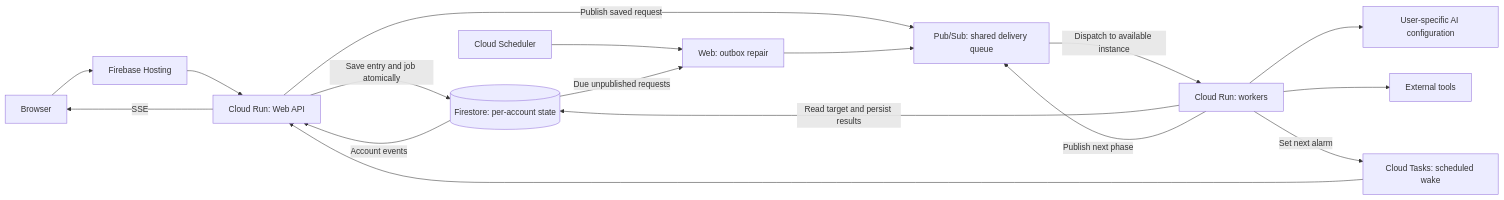
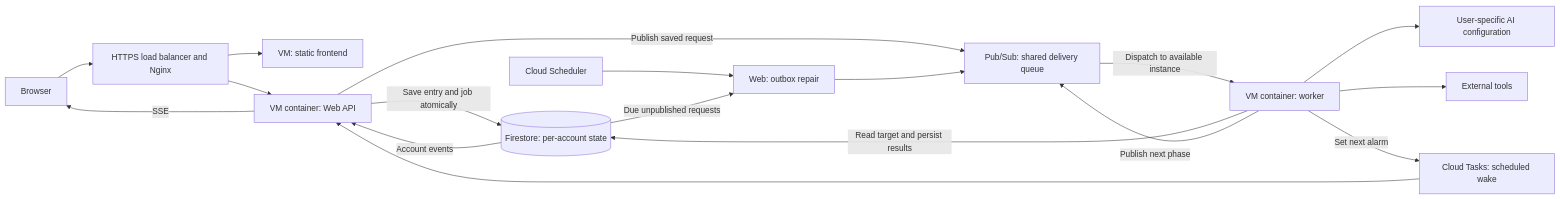
Before and after one commit to takeshy/kakeratta: the diagram in docs/system/architecture.md, drawn with Mermaid. The commit also changed other lines of this file and 18 other files, not shown here.

````diff
--- a/docs/system/architecture.md
+++ b/docs/system/architecture.md
@@ -17,19 +17,20 @@
 ```mermaid
 flowchart LR
-  Browser[Browser] --> Hosting[Firebase Hosting]
-  Hosting --> Web[Cloud Run: Web API]
+  Browser[Browser] --> Hosting[HTTPS load balancer and Nginx]
+  Hosting --> Static[VM: static frontend]
+  Hosting --> Web[VM container: Web API]
   Tasks[Cloud Tasks: scheduled wake] --> Web
   Web -->|Save entry and job atomically| State[(Firestore: per-account state)]
   Web -->|Publish saved request| Queue[Pub/Sub: shared delivery queue]
-  Queue -->|Dispatch to available instance| Workers[Cloud Run: workers]
+  Queue -->|Dispatch to available instance| Workers[VM container: worker]
   Workers -->|Read target and persist results| State
   Workers -->|Publish next phase| Queue
   Workers --> AI[User-specific AI configuration]
   Workers --> Tools[External tools]
   Workers -->|Set next alarm| Tasks
   State -->|Account events| Web
   Web -->|SSE| Browser
   Scheduler[Cloud Scheduler] --> Repair[Web: outbox repair]
   State -->|Due unpublished requests| Repair
   Repair --> Queue
 ```
````
